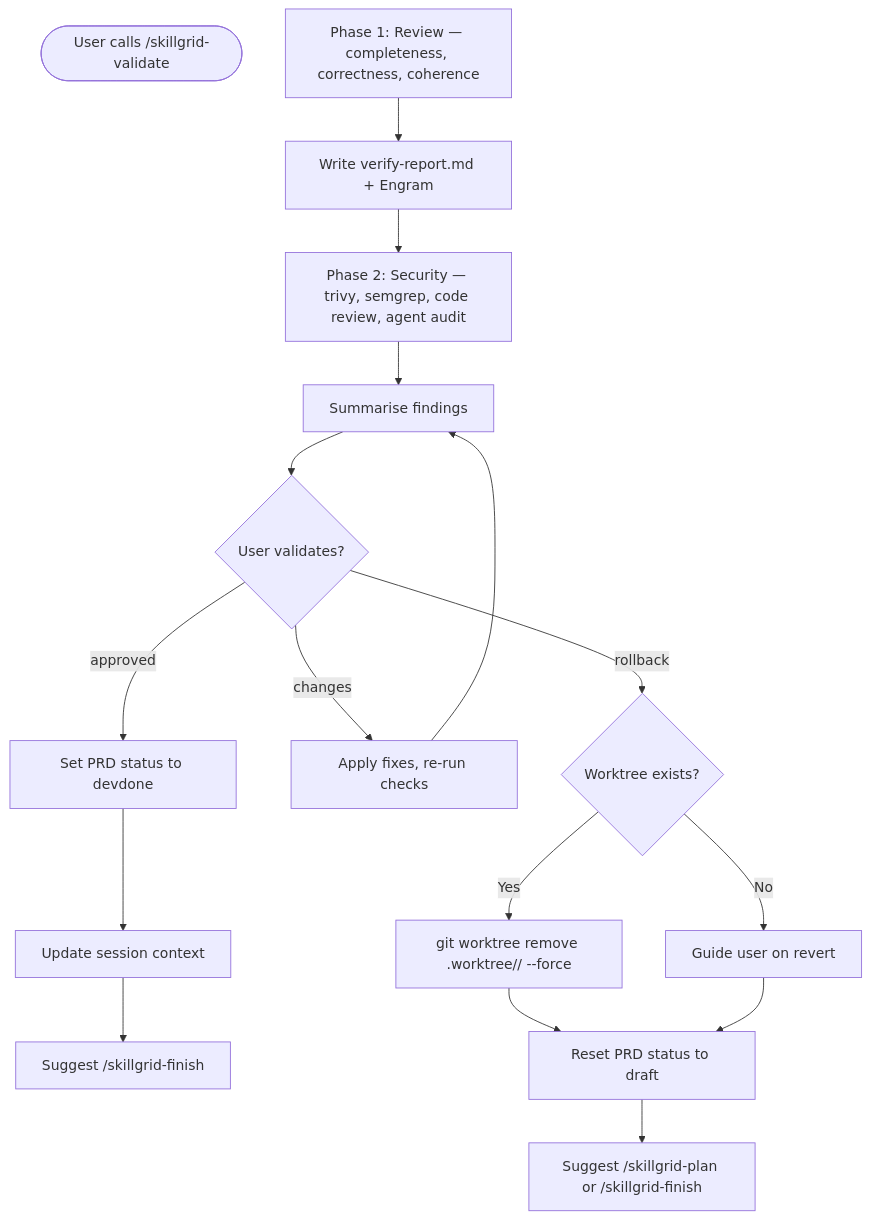
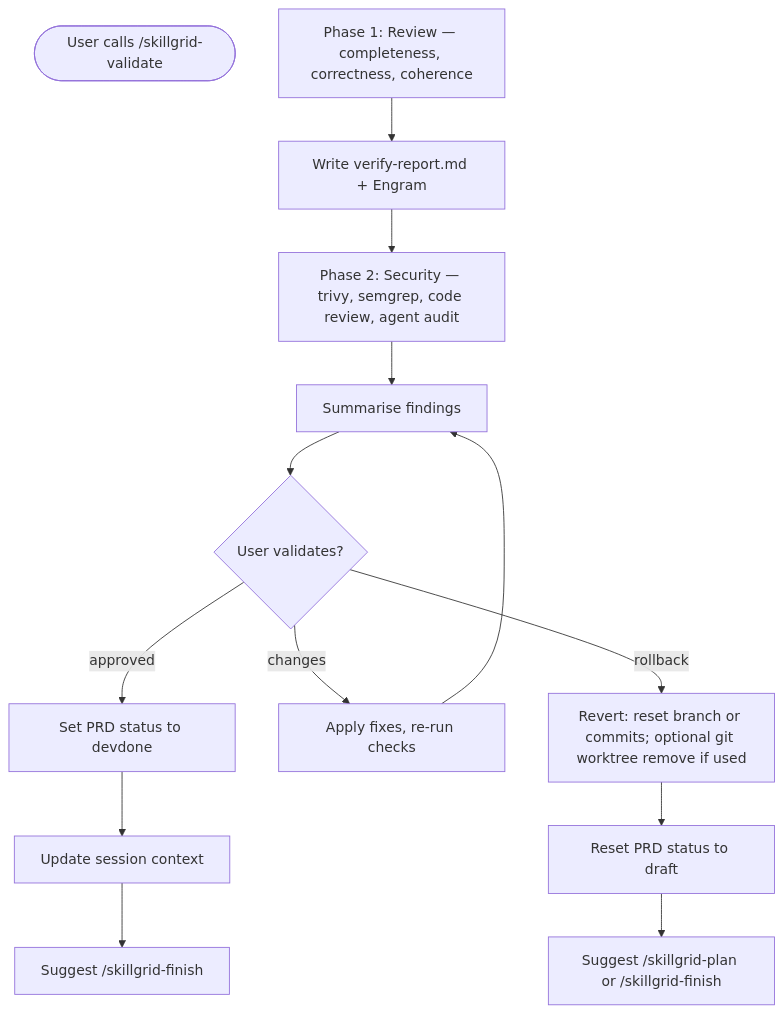
One commit to devopstales/aiskillgrid changed the diagram in .github/prompts/skillgrid-validate.md. Above: the diagram before and after it, drawn with Mermaid. The commit also changed other lines of this file and 50 other files, not shown here.

````diff
--- a/.github/prompts/skillgrid-validate.md
+++ b/.github/prompts/skillgrid-validate.md
@@ -19,20 +19,17 @@
 ```mermaid
 flowchart TD
     START([User calls /skillgrid-validate])
     PHASE1[Phase 1: Review — completeness, correctness, coherence]
     PHASE1 --> REPORT[Write verify-report.md + Engram]
     REPORT --> PHASE2[Phase 2: Security — trivy, semgrep, code review, agent audit]
     PHASE2 --> SUM[Summarise findings]
     SUM --> ASK{User validates?}
     ASK -->|approved| DEVDONE[Set PRD status to devdone]
     DEVDONE --> CTX[Update session context]
     CTX --> FINISH[Suggest /skillgrid-finish]
     ASK -->|changes| FIX[Apply fixes, re-run checks]
     FIX --> SUM
-    ASK -->|rollback| WORKTREE{Worktree exists?}
-    WORKTREE -->|Yes| REMOVE[git worktree remove .worktree/<slug>/ --force]
-    WORKTREE -->|No| REVERT[Guide user on revert]
-    REMOVE --> RESET[Reset PRD status to draft]
-    REVERT --> RESET
+    ASK -->|rollback| ROLLBACK[Revert: reset branch or commits; optional git worktree remove if used]
+    ROLLBACK --> RESET[Reset PRD status to draft]
     RESET --> RESTART[Suggest /skillgrid-plan or /skillgrid-finish]
 ```
````
